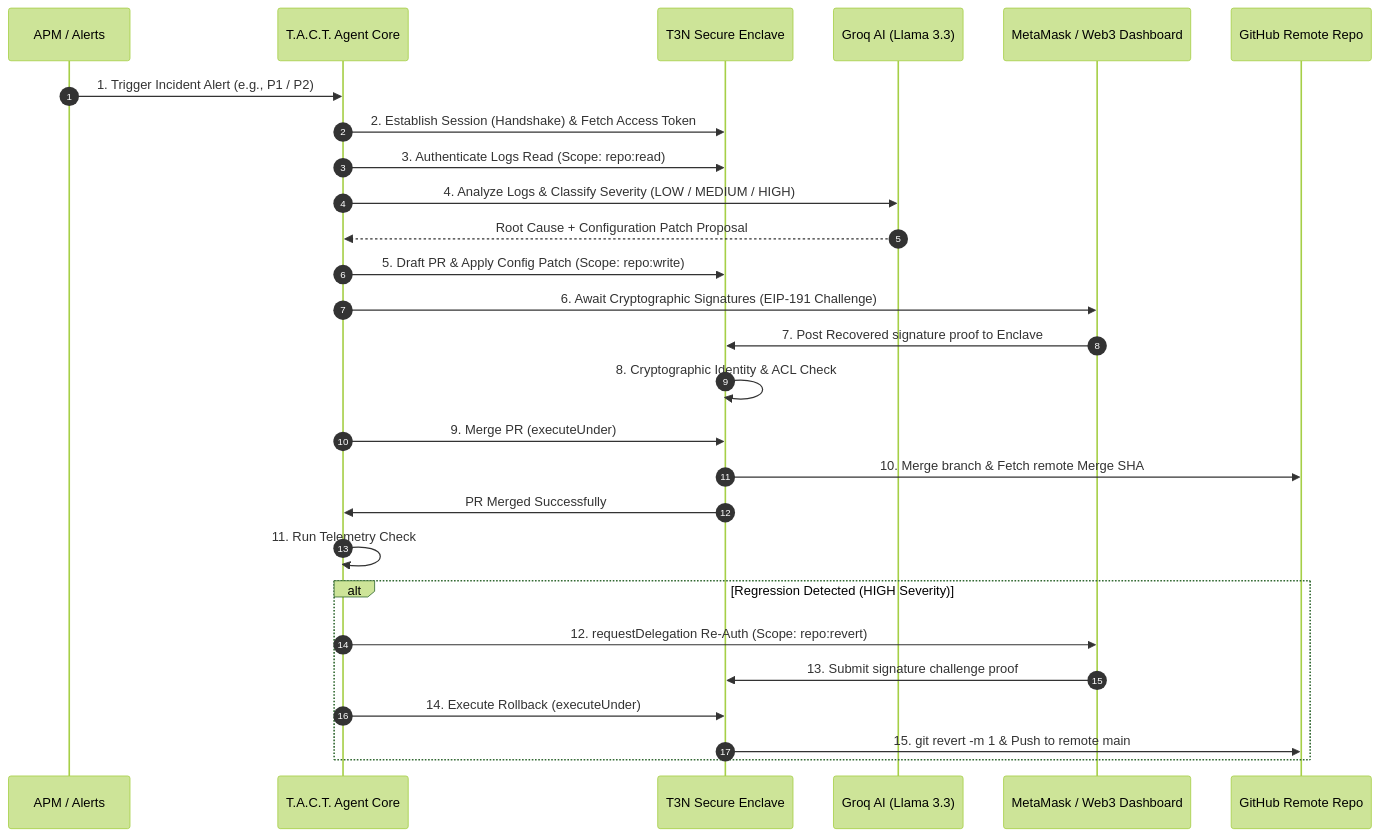
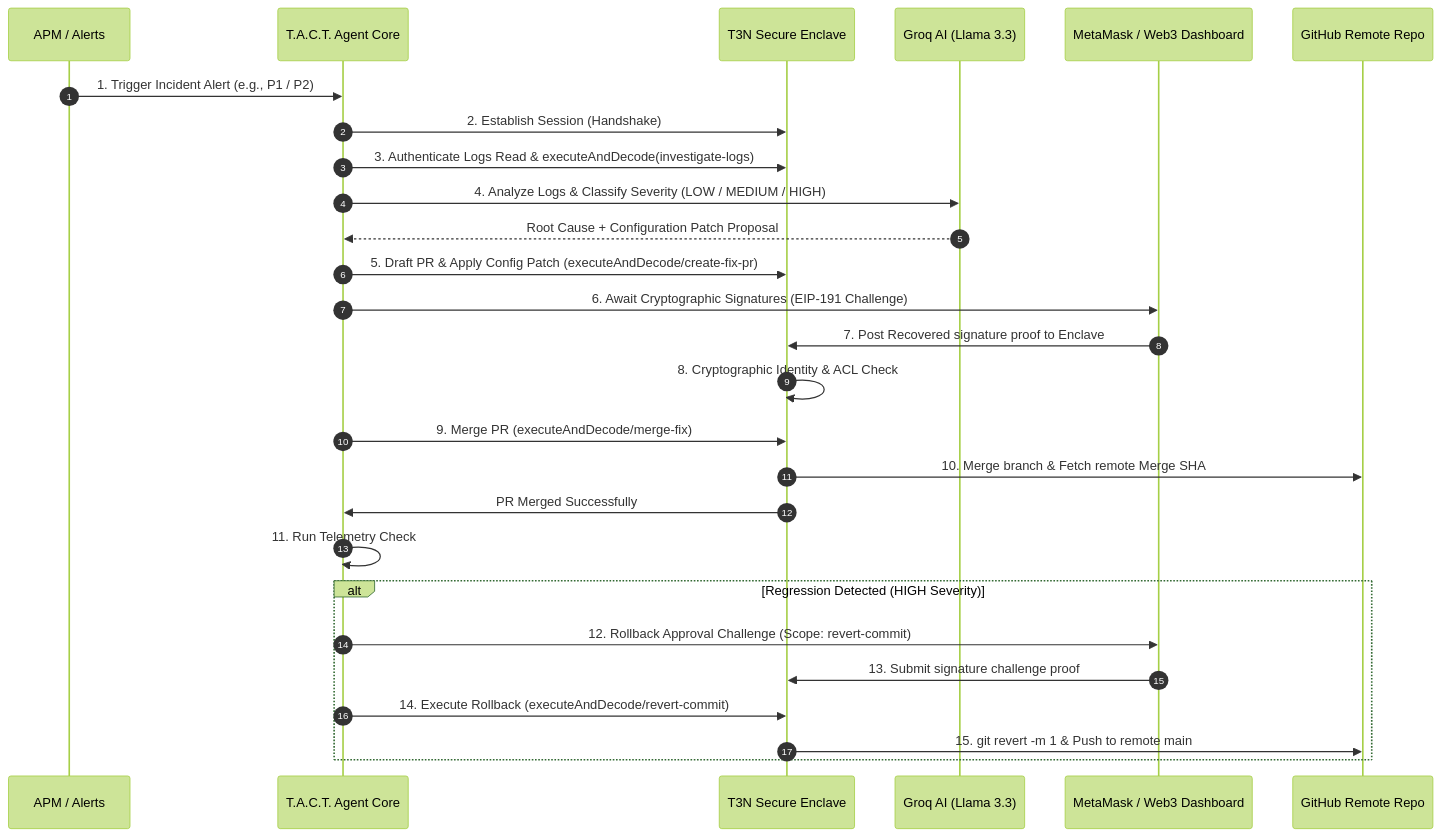
The diagram in README.md (nevan-sonic/T-A-C-T---TEE-Secured-Agentic-Commander-for-Triage), drawn with Mermaid (forest theme) before and after one commit. The commit also changed other lines of this file, not shown here.

````diff
--- a/README.md
+++ b/README.md
@@ -27,30 +27,30 @@
 ```mermaid
 sequenceDiagram
     autonumber
     participant APM as APM / Alerts
     participant Orchestrator as T.A.C.T. Agent Core
     participant TEE as T3N Secure Enclave
     participant LLM as Groq AI (Llama 3.3)
     participant UI as MetaMask / Web3 Dashboard
     participant Git as GitHub Remote Repo
 
     APM->>Orchestrator: 1. Trigger Incident Alert (e.g., P1 / P2)
-    Orchestrator->>TEE: 2. Establish Session (Handshake) & Fetch Access Token
-    Orchestrator->>TEE: 3. Authenticate Logs Read (Scope: repo:read)
+    Orchestrator->>TEE: 2. Establish Session (Handshake)
+    Orchestrator->>TEE: 3. Authenticate Logs Read & executeAndDecode(investigate-logs)
     Orchestrator->>LLM: 4. Analyze Logs & Classify Severity (LOW / MEDIUM / HIGH)
     LLM-->>Orchestrator: Root Cause + Configuration Patch Proposal
-    Orchestrator->>TEE: 5. Draft PR & Apply Config Patch (Scope: repo:write)
+    Orchestrator->>TEE: 5. Draft PR & Apply Config Patch (executeAndDecode/create-fix-pr)
     Orchestrator->>UI: 6. Await Cryptographic Signatures (EIP-191 Challenge)
     UI->>TEE: 7. Post Recovered signature proof to Enclave
     TEE->>TEE: 8. Cryptographic Identity & ACL Check
-    Orchestrator->>TEE: 9. Merge PR (executeUnder)
+    Orchestrator->>TEE: 9. Merge PR (executeAndDecode/merge-fix)
     TEE->>Git: 10. Merge branch & Fetch remote Merge SHA
     TEE->>Orchestrator: PR Merged Successfully
     Orchestrator->>Orchestrator: 11. Run Telemetry Check
     alt Regression Detected (HIGH Severity)
-        Orchestrator->>UI: 12. requestDelegation Re-Auth (Scope: repo:revert)
+        Orchestrator->>UI: 12. Rollback Approval Challenge (Scope: revert-commit)
         UI->>TEE: 13. Submit signature challenge proof
-        Orchestrator->>TEE: 14. Execute Rollback (executeUnder)
+        Orchestrator->>TEE: 14. Execute Rollback (executeAndDecode/revert-commit)
         TEE->>Git: 15. git revert -m 1 & Push to remote main
     end
 ```
````
